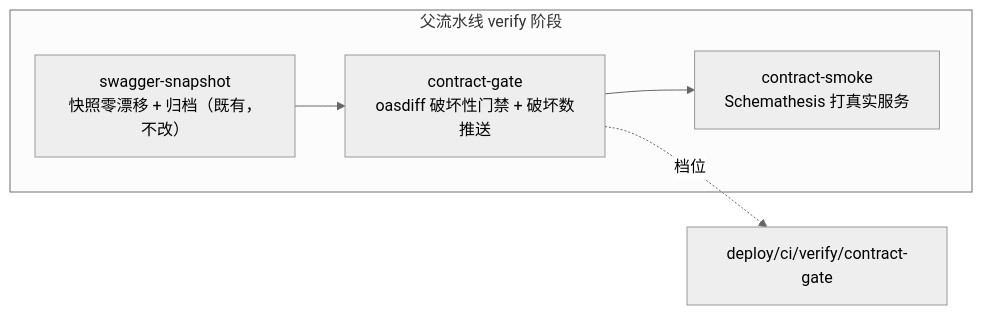
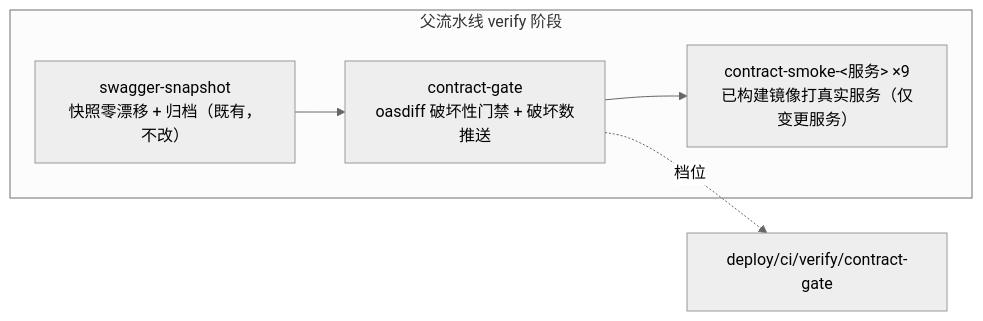
One commit to minjian123/basic-management-system changed the third of 4 diagrams in bms文档/项目/02_后端基座与服务化地基/任务/09_多服务CI-CD与契约门禁/09_多服务CI-CD与契约门禁_03_契约门禁/设计/01_详细设计_03_契约门禁.md. Above: the diagram before and after it, drawn with Mermaid (neutral theme). The commit also changed other lines of this file and 4 other files, not shown here.

````diff
--- a/bms文档/项目/02_后端基座与服务化地基/任务/09_多服务CI-CD与契约门禁/09_多服务CI-CD与契约门禁_03_契约门禁/设计/01_详细设计_03_契约门禁.md
+++ b/bms文档/项目/02_后端基座与服务化地基/任务/09_多服务CI-CD与契约门禁/09_多服务CI-CD与契约门禁_03_契约门禁/设计/01_详细设计_03_契约门禁.md
@@ -163,8 +165,8 @@
 ```mermaid
 flowchart LR
     subgraph P["父流水线 verify 阶段"]
         SS["swagger-snapshot<br/>快照零漂移 + 归档（既有，不改）"] --> CG["contract-gate<br/>oasdiff 破坏性门禁 + 破坏数推送"]
-        CG --> CS["contract-smoke<br/>Schemathesis 打真实服务"]
+        CG --> CS["contract-smoke-&lt;服务&gt; ×9<br/>已构建镜像打真实服务（仅变更服务）"]
     end
     CG -. 档位 .-> SW["deploy/ci/verify/contract-gate"]
 ```
````
